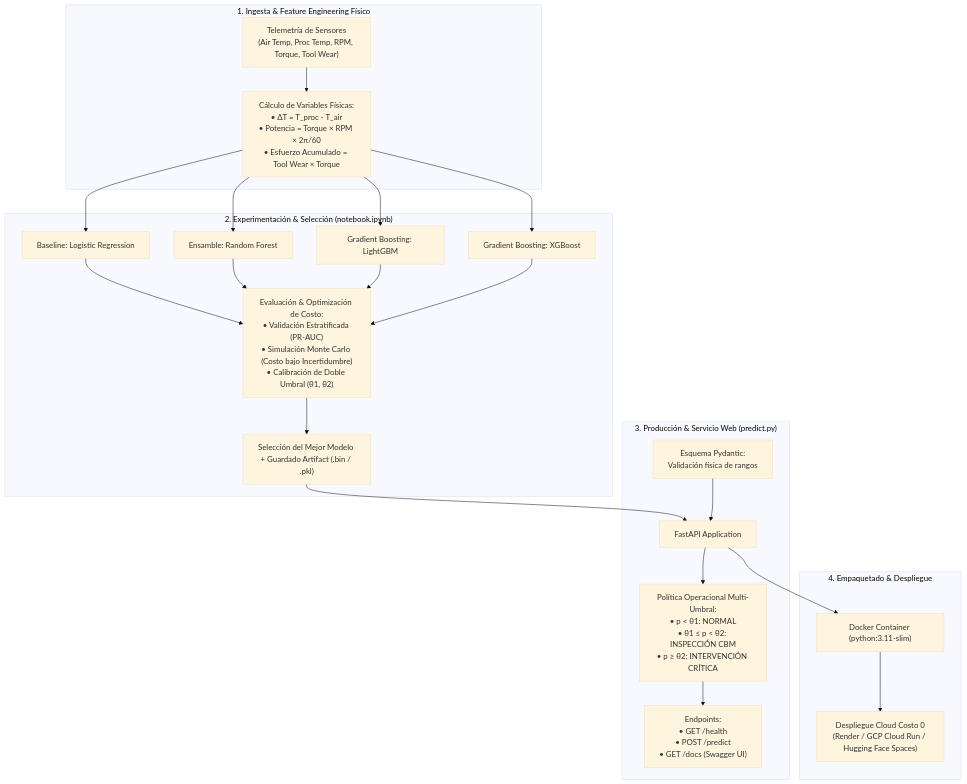
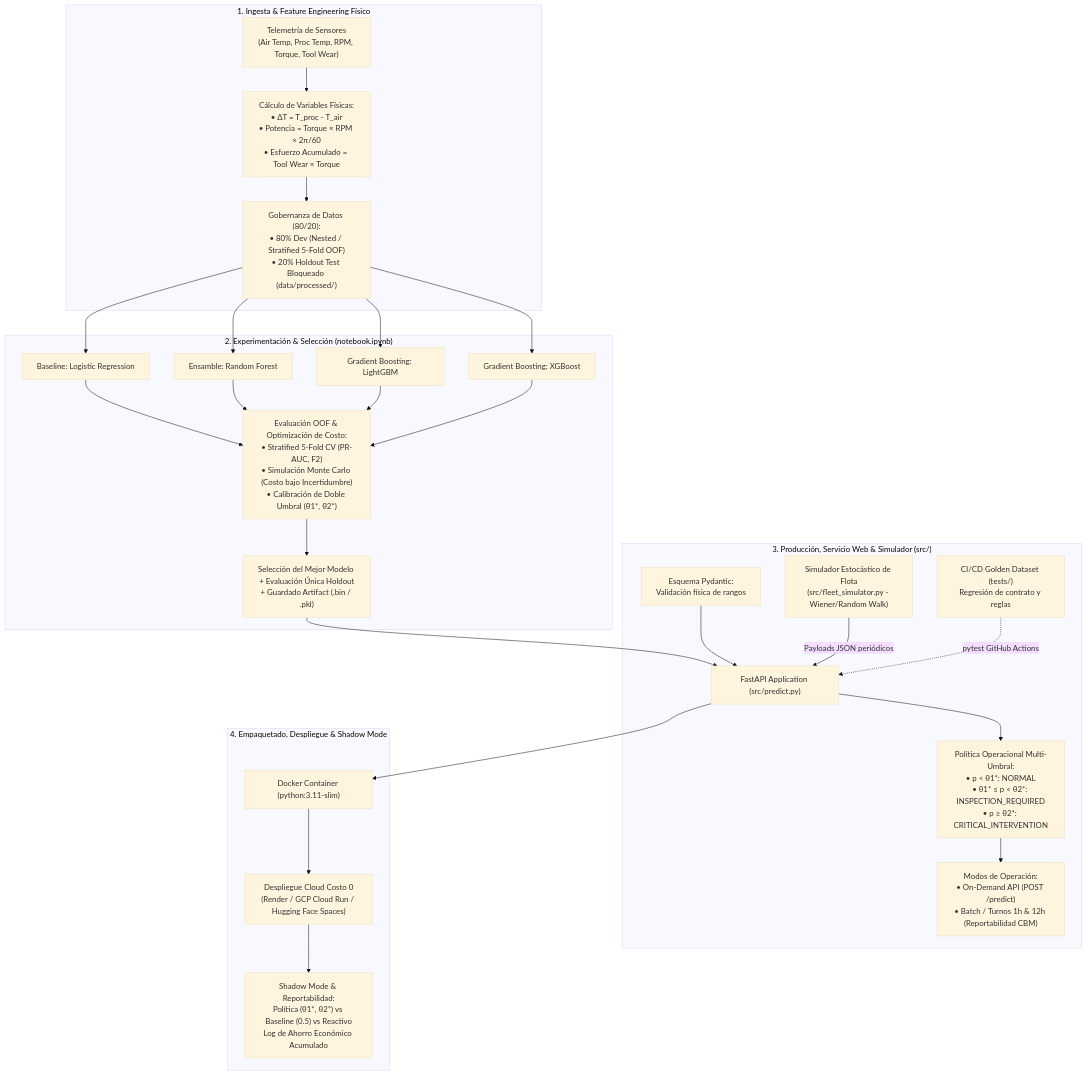
One commit to mpueblarivera/fleetreliability-ai changed the diagram in docs/PLAN.md. Above: the diagram before and after it, drawn with Mermaid (base theme). The commit also changed other lines of this file and 13 other files, not shown here.

````diff
--- a/docs/PLAN.md
+++ b/docs/PLAN.md
@@ -22,27 +22,31 @@
 ```mermaid
 flowchart TD
     subgraph DataIngestion ["1. Ingesta & Feature Engineering Físico"]
         D1["Telemetría de Sensores<br/>(Air Temp, Proc Temp, RPM, Torque, Tool Wear)"] --> FE["Cálculo de Variables Físicas:<br/>• ΔT = T_proc - T_air<br/>• Potencia = Torque × RPM × 2π/60<br/>• Esfuerzo Acumulado = Tool Wear × Torque"]
+        FE --> Split["Gobernanza de Datos (80/20):<br/>• 80% Dev (Nested / Stratified 5-Fold OOF)<br/>• 20% Holdout Test Bloqueado (data/processed/)"]
     end
 
     subgraph Experimentation ["2. Experimentación & Selección (notebook.ipynb)"]
-        FE --> M1["Baseline: Logistic Regression"]
-        FE --> M2["Ensamble: Random Forest"]
-        FE --> M3["Gradient Boosting: LightGBM"]
-        FE --> M4["Gradient Boosting: XGBoost"]
-        M1 & M2 & M3 & M4 --> Eval["Evaluación & Optimización de Costo:<br/>• Validación Estratificada (PR-AUC)<br/>• Simulación Monte Carlo (Costo bajo Incertidumbre)<br/>• Calibración de Doble Umbral (θ1, θ2)"]
-        Eval --> Best["Selección del Mejor Modelo + Guardado Artifact (.bin / .pkl)"]
+        Split --> M1["Baseline: Logistic Regression"]
+        Split --> M2["Ensamble: Random Forest"]
+        Split --> M3["Gradient Boosting: LightGBM"]
+        Split --> M4["Gradient Boosting: XGBoost"]
+        M1 & M2 & M3 & M4 --> Eval["Evaluación OOF & Optimización de Costo:<br/>• Stratified 5-Fold CV (PR-AUC, F2)<br/>• Simulación Monte Carlo (Costo bajo Incertidumbre)<br/>• Calibración de Doble Umbral (θ1*, θ2*)"]
+        Eval --> Best["Selección del Mejor Modelo + Evaluación Única Holdout<br/>+ Guardado Artifact (.bin / .pkl)"]
     end
 
-    subgraph Production ["3. Producción & Servicio Web (predict.py)"]
-        Best --> API["FastAPI Application"]
+    subgraph Production ["3. Producción, Servicio Web & Simulador (src/)"]
+        Best --> API["FastAPI Application (src/predict.py)"]
         Pydantic["Esquema Pydantic:<br/>Validación física de rangos"] --> API
-        API --> Policy["Política Operacional Multi-Umbral:<br/>• p < θ1: NORMAL<br/>• θ1 ≤ p < θ2: INSPECCIÓN CBM<br/>• p ≥ θ2: INTERVENCIÓN CRÍTICA"]
-        Policy --> Endpoints["Endpoints:<br/>• GET /health<br/>• POST /predict<br/>• GET /docs (Swagger UI)"]
+        API --> Policy["Política Operacional Multi-Umbral:<br/>• p < θ1*: NORMAL<br/>• θ1* ≤ p < θ2*: INSPECTION_REQUIRED<br/>• p ≥ θ2*: CRITICAL_INTERVENTION"]
+        Policy --> Modes["Modos de Operación:<br/>• On-Demand API (POST /predict)<br/>• Batch / Turnos 1h & 12h (Reportabilidad CBM)"]
+        Sim["Simulador Estocástico de Flota<br/>(src/fleet_simulator.py - Wiener/Random Walk)"] -->|Payloads JSON periódicos| API
+        Golden["CI/CD Golden Dataset (tests/)<br/>Regresión de contrato y reglas"] -.->|pytest GitHub Actions| API
     end
 
-    subgraph Deployment ["4. Empaquetado & Despliegue"]
+    subgraph Deployment ["4. Empaquetado, Despliegue & Shadow Mode"]
         API --> Docker["Docker Container (python:3.11-slim)"]
         Docker --> Cloud["Despliegue Cloud Costo 0<br/>(Render / GCP Cloud Run / Hugging Face Spaces)"]
+        Cloud --> Shadow["Shadow Mode & Reportabilidad:<br/>Política (θ1*, θ2*) vs Baseline (0.5) vs Reactivo<br/>Log de Ahorro Económico Acumulado"]
     end
 ```
````
